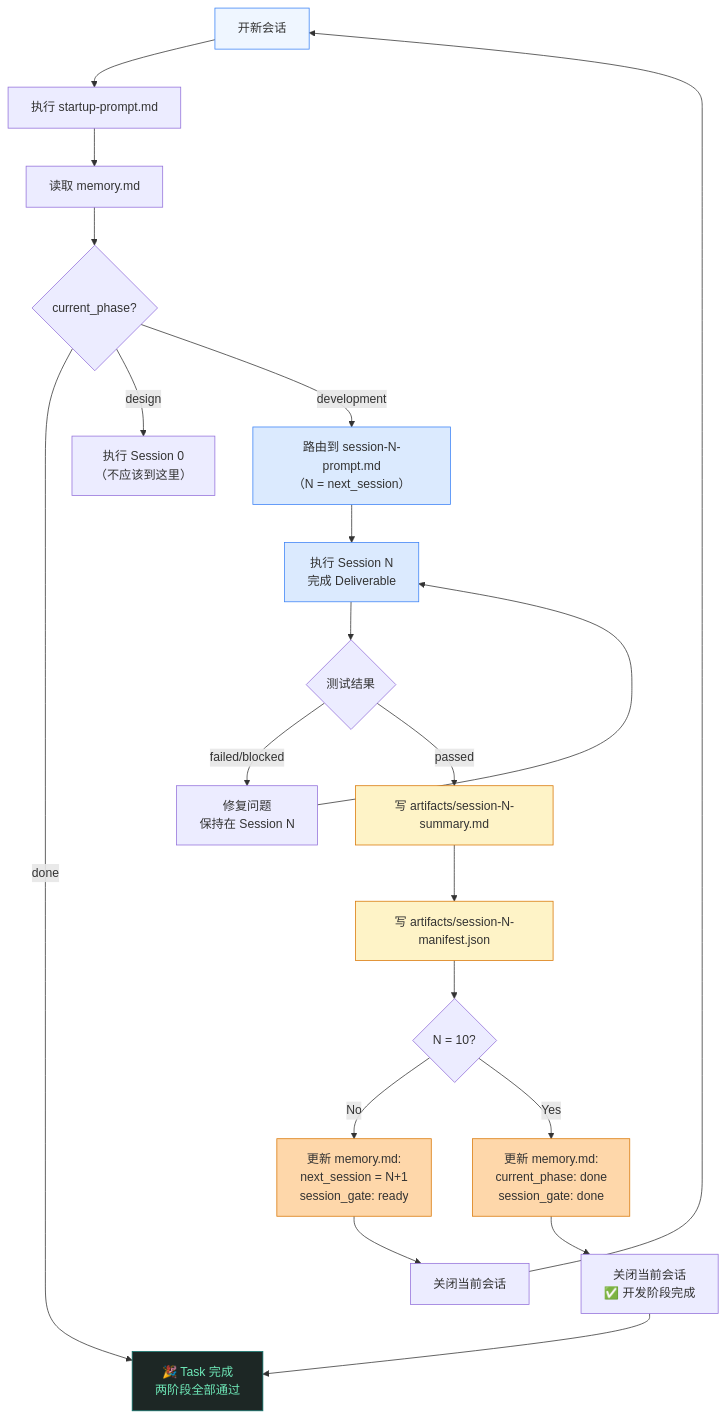
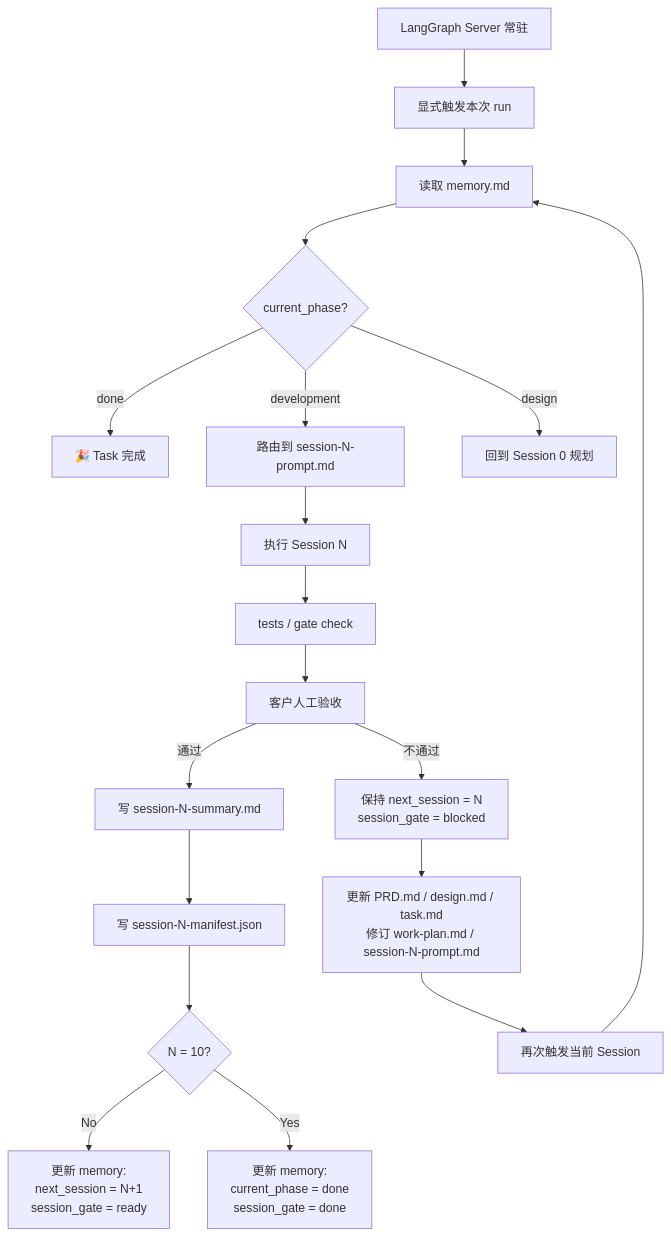
The second of 3 diagrams in docs/two-phase-architecture.md (qi9zg202-source/vibecodingworkflow), drawn with Mermaid before and after one commit. The commit also changed other lines of this file and 209 other files, not shown here.

````diff
--- a/docs/two-phase-architecture.md
+++ b/docs/two-phase-architecture.md
@@ -105,38 +86,25 @@
 ```mermaid
 flowchart TD
-    START["开新会话"] --> STARTUP["执行 startup-prompt.md"]
-    STARTUP --> READ["读取 memory.md"]
+    SERVER["LangGraph Server 常驻"] --> TRIGGER["显式触发本次 run"]
+    TRIGGER --> READ["读取 memory.md"]
     READ --> CHECK{"current_phase?"}
 
-    CHECK -->|"done"| COMPLETE["🎉 Task 完成\n两阶段全部通过"]
-    CHECK -->|"design"| S0["执行 Session 0\n（不应该到这里）"]
-    CHECK -->|"development"| ROUTE["路由到 session-N-prompt.md\n（N = next_session）"]
+    CHECK -->|"done"| COMPLETE["🎉 Task 完成"]
+    CHECK -->|"development"| ROUTE["路由到 session-N-prompt.md"]
+    CHECK -->|"design"| PLAN["回到 Session 0 规划"]
 
-    ROUTE --> EXEC["执行 Session N\n完成 Deliverable"]
-    EXEC --> TEST{"测试结果"}
+    ROUTE --> EXEC["执行 Session N"]
+    EXEC --> TEST["tests / gate check"]
+    TEST --> REVIEW["客户人工验收"]
 
-    TEST -->|"failed/blocked"| FIX["修复问题\n保持在 Session N"]
-    FIX --> EXEC
+    REVIEW -->|"通过"| WRITE1["写 session-N-summary.md"]
+    WRITE1 --> WRITE2["写 session-N-manifest.json"]
+    WRITE2 --> ADVANCE{"N = 10?"}
+    ADVANCE -->|"No"| UPDATE1["更新 memory:\nnext_session = N+1\nsession_gate = ready"]
+    ADVANCE -->|"Yes"| UPDATE2["更新 memory:\ncurrent_phase = done\nsession_gate = done"]
 
-    TEST -->|"passed"| WRITE1["写 artifacts/session-N-summary.md"]
-    WRITE1 --> WRITE2["写 artifacts/session-N-manifest.json"]
-    WRITE2 --> UPDATE{"N = 10?"}
-
-    UPDATE -->|"No"| UPDATE1["更新 memory.md:\nnext_session = N+1\nsession_gate: ready"]
-    UPDATE -->|"Yes"| UPDATE2["更新 memory.md:\ncurrent_phase: done\nsession_gate: done"]
-
-    UPDATE1 --> CLOSE1["关闭当前会话"]
-    UPDATE2 --> CLOSE2["关闭当前会话\n✅ 开发阶段完成"]
-
-    CLOSE1 --> START
-    CLOSE2 --> COMPLETE
-
-    style START fill:#eff6ff,stroke:#3b82f6
-    style ROUTE fill:#dbeafe,stroke:#3b82f6
-    style EXEC fill:#dbeafe,stroke:#3b82f6
-    style WRITE1 fill:#fef3c7,stroke:#d97706
-    style WRITE2 fill:#fef3c7,stroke:#d97706
-    style UPDATE1 fill:#fed7aa,stroke:#d97706
-    style UPDATE2 fill:#fed7aa,stroke:#d97706
-    style COMPLETE fill:#1d2725,color:#6ee7b7,stroke:#0f766e
+    REVIEW -->|"不通过"| BLOCK["保持 next_session = N\nsession_gate = blocked"]
+    BLOCK --> REPLAN["更新 PRD.md / design.md / task.md\n修订 work-plan.md / session-N-prompt.md"]
+    REPLAN --> RETRY["再次触发当前 Session"]
+    RETRY --> READ
 ```
````
